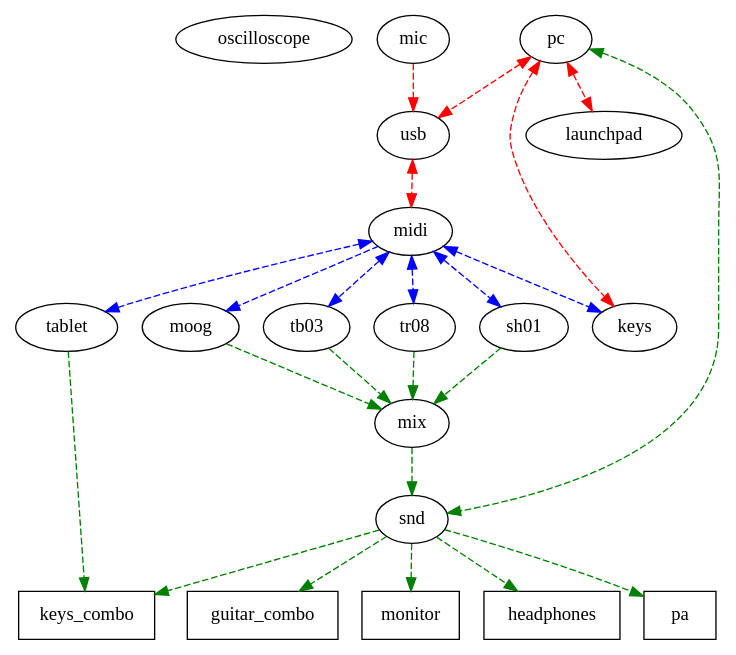
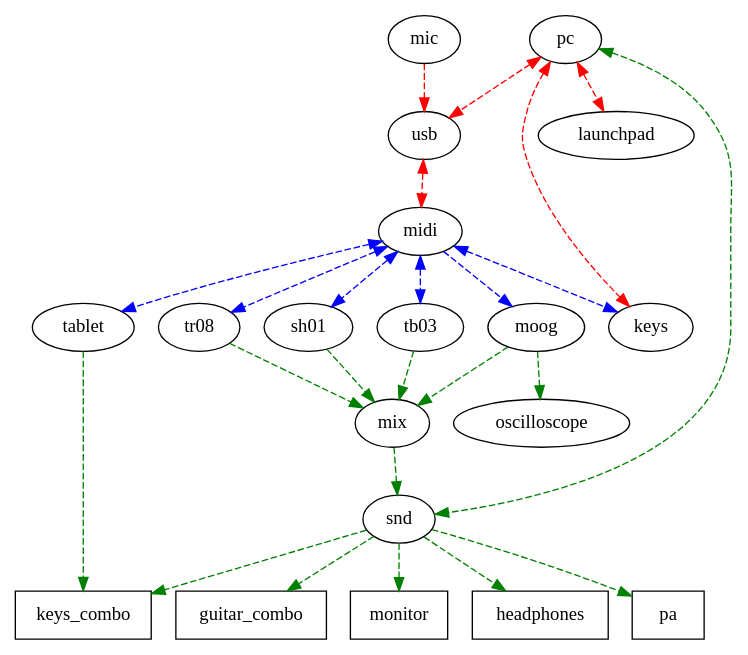
The diagram in infrastructure.dot (korczis/dj-schnapps), drawn with Graphviz before and after one commit. The commit also changed 7 other files, not shown here.

```diff
--- a/infrastructure.dot
+++ b/infrastructure.dot
@@ -1,60 +1,64 @@
+
+
+
+
 digraph G {
     concentrate=true;
-
-    oscilloscope;
-
-    # define(`style_audio',`style=dashed')
 
     pc -> usb [style=dashed, color=red];
     usb -> pc [style=dashed, color=red];
 
     pc -> snd [style=dashed, color=green];
     snd -> pc [style=dashed, color=green];
 
     pc -> keys [style=dashed, color=red];
     keys -> pc [style=dashed, color=red];
 
     tablet -> midi [style=dashed, color=blue];
     midi -> tablet [style=dashed, color=blue];
 
     midi -> usb [style=dashed, color=red];
     usb -> midi [style=dashed, color=red];
 
     mic -> usb [style=dashed, color=red];
 
     keys -> midi [style=dashed, color=blue];
     midi -> keys [style=dashed, color=blue];
 
     # Moog
     midi -> moog [style=dashed, color=blue];
 
     tb03 -> midi [style=dashed, color=blue];
     midi -> tb03 [style=dashed, color=blue];
 
     tr08 -> midi [style=dashed, color=blue];
     midi -> tr08 [style=dashed, color=blue];
 
     sh01 -> midi [style=dashed, color=blue];
     midi -> sh01 [style=dashed, color=blue];
 
     mix -> snd [style=dashed, color=green];
 
     # Synths to mix
     moog -> mix [style=dashed, color=green];
     tb03 -> mix [style=dashed, color=green];
     tr08 -> mix [style=dashed, color=green];
     sh01 -> mix [style=dashed, color=green];
 
     pc -> launchpad [style=dashed, color=red];
     launchpad -> pc [style=dashed, color=red];
 
     # Sound outputs
     node [shape=box];
     snd -> pa [style=dashed, color=green];
     snd -> guitar_combo [style=dashed, color=green];
     snd -> monitor [style=dashed, color=green];
     snd -> headphones [style=dashed, color=green];
     snd -> keys_combo [style=dashed, color=green];
 
     tablet -> keys_combo [style=dashed, color=green];
+
+    # Extra stuff
+    node [shape=ellipse];
+    moog -> oscilloscope [style=dashed, color=green];
 }
```
